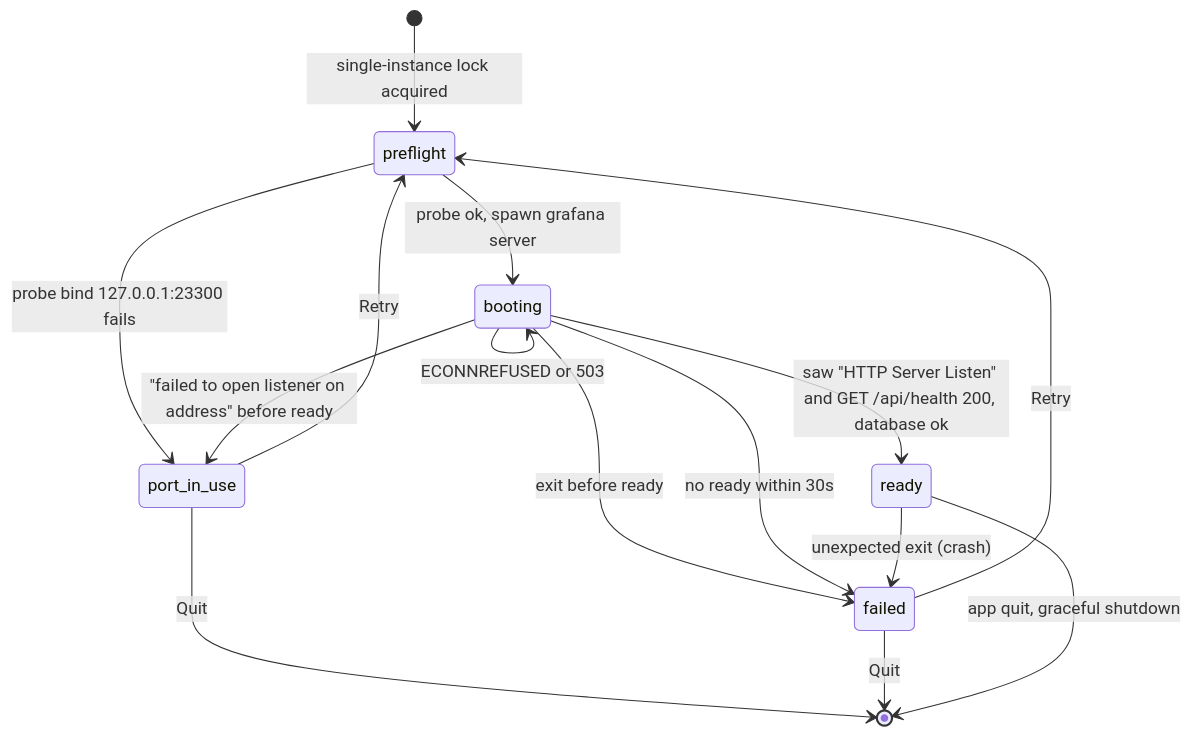
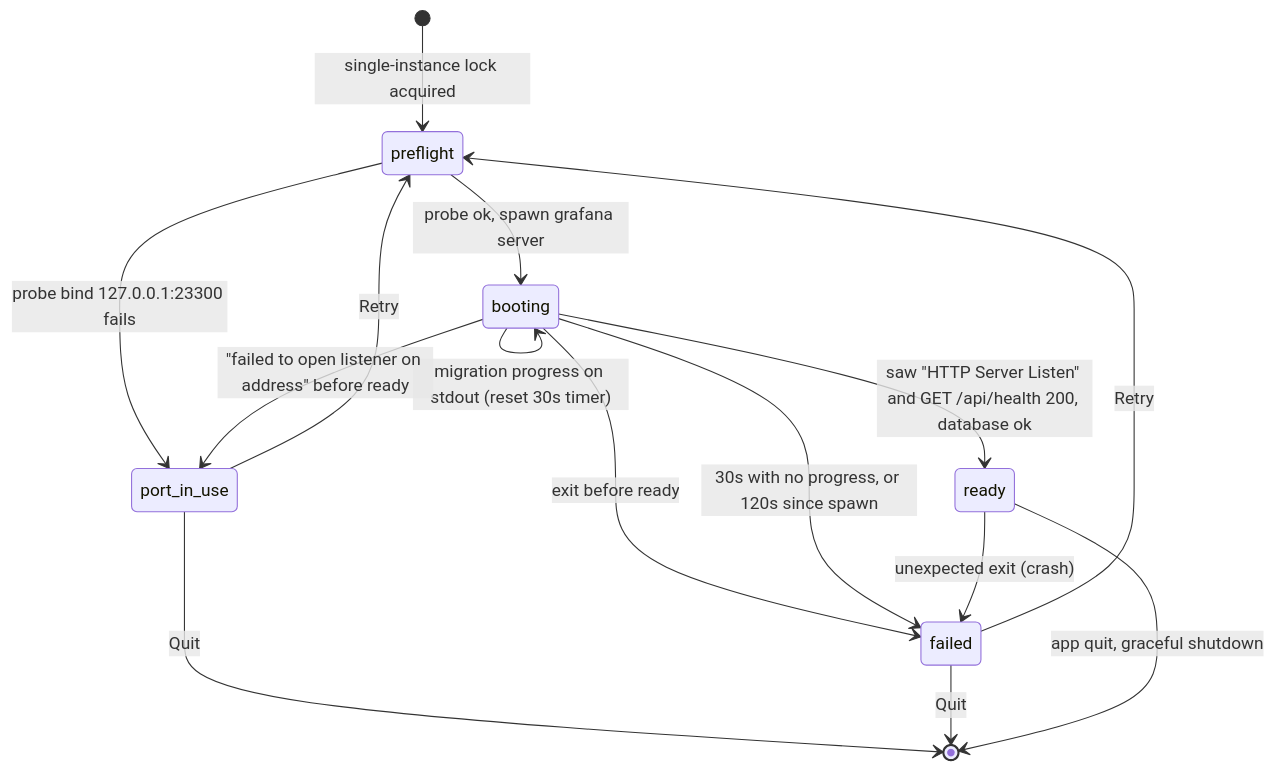
The diagram in desktop/docs/server-contract.md (mmlmike010/grafana), drawn with Mermaid before and after one commit. The commit also changed other lines of this file, not shown here.

````diff
--- a/desktop/docs/server-contract.md
+++ b/desktop/docs/server-contract.md
@@ -127,17 +131,18 @@
 ```mermaid
 stateDiagram-v2
     [*] --> preflight: single-instance lock acquired
     preflight --> port_in_use: probe bind 127.0.0.1:23300 fails
     preflight --> booting: probe ok, spawn grafana server
     booting --> booting: ECONNREFUSED or 503
+    booting --> booting: migration progress on stdout (reset 30s timer)
     booting --> ready: saw "HTTP Server Listen" and GET /api/health 200, database ok
     booting --> port_in_use: "failed to open listener on address" before ready
     booting --> failed: exit before ready
-    booting --> failed: no ready within 30s
+    booting --> failed: 30s with no progress, or 120s since spawn
     ready --> failed: unexpected exit (crash)
     port_in_use --> preflight: Retry
     port_in_use --> [*]: Quit
     failed --> preflight: Retry
     failed --> [*]: Quit
     ready --> [*]: app quit, graceful shutdown
 ```
````
